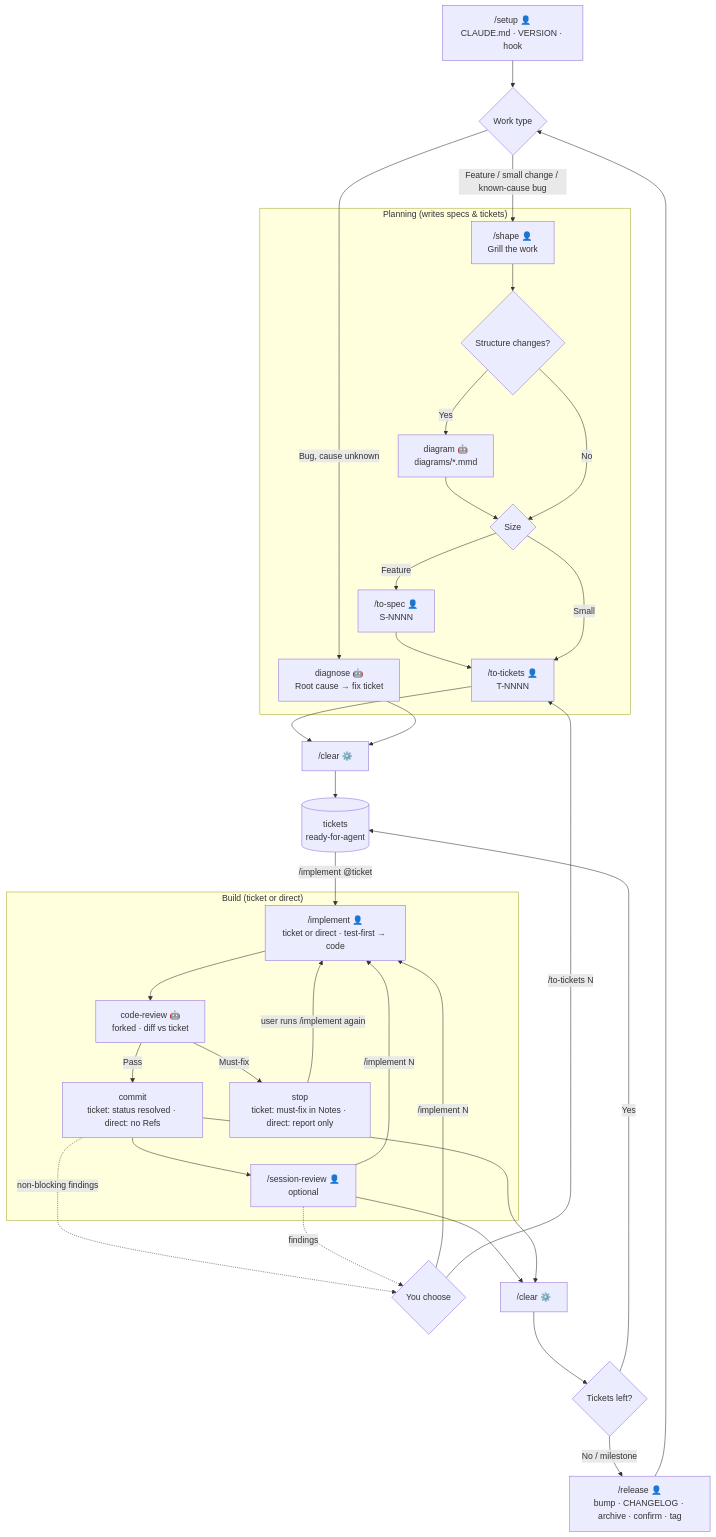
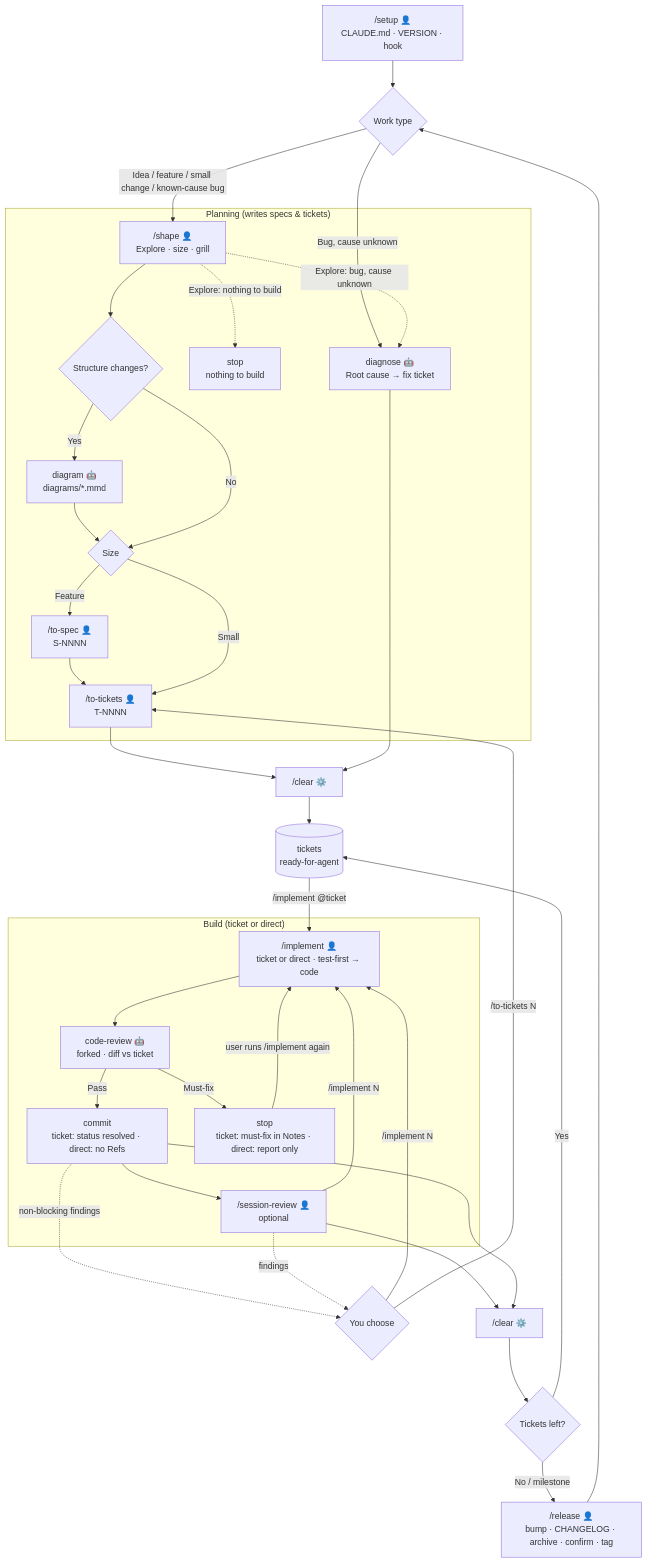
Before and after one commit to odhyp/skills: the diagram in docs/diagrams/workflow.mmd, drawn with Mermaid.

Commit message:
docs(diagrams): show shape's Explore entry and exits in the workflow chart

```diff
--- a/docs/diagrams/workflow.mmd
+++ b/docs/diagrams/workflow.mmd
@@ -1,63 +1,67 @@
 %% Workflow: how the odhyp skills hand off from setup to release. 👤 manual skill · 🤖 auto skill (starts on its own; you can also call it) · ⚙️ built-in Claude Code command
 flowchart TD
     A1["`/setup 👤
     CLAUDE.md · VERSION · hook`"] --> X0{"Work type"}
-    X0 -->|"Feature / small change / known-cause bug"| B1
+    X0 -->|"Idea / feature / small change / known-cause bug"| B1
     X0 -->|"Bug, cause unknown"| B5
 
     subgraph B["Planning (writes specs & tickets)"]
         B1["`/shape 👤
-        Grill the work`"]
+        Explore · size · grill`"]
+        B0["`stop
+        nothing to build`"]
         X2{"Structure changes?"}
         B4["`diagram 🤖
         diagrams/*.mmd`"]
         X1{"Size"}
         B2["`/to-spec 👤
         S-NNNN`"]
         B3["`/to-tickets 👤
         T-NNNN`"]
         B5["`diagnose 🤖
         Root cause → fix ticket`"]
         B1 --> X2
+        B1 -.->|"Explore: nothing to build"| B0
+        B1 -.->|"Explore: bug, cause unknown"| B5
         X2 -->|"Yes"| B4 --> X1
         X2 -->|"No"| X1
         X1 -->|"Feature"| B2 --> B3
         X1 -->|"Small"| B3
     end
 
     B3 --> CL0["/clear ⚙️"]
     B5 --> CL0
     CL0 --> T[("`tickets
     ready-for-agent`")]
 
     subgraph C["Build (ticket or direct)"]
         C1["`/implement 👤
         ticket or direct · test-first → code`"]
         D1["`code-review 🤖
         forked · diff vs ticket`"]
         C2["`commit
         ticket: status resolved · direct: no Refs`"]
         C3["`stop
         ticket: must-fix in Notes · direct: report only`"]
         S1["`/session-review 👤
         optional`"]
         C1 --> D1
         D1 -->|"Pass"| C2
         D1 -->|"Must-fix"| C3
     end
 
     T -->|"/implement @ticket"| C1
     S1 -->|"/implement N"| C1
     C3 -->|"user runs /implement again"| C1
     X4{"You choose"}
     C2 -.->|"non-blocking findings"| X4
     S1 -.->|"findings"| X4
     X4 -->|"/implement N"| C1
     X4 -->|"/to-tickets N"| B3
     C2 --> S1 --> CL["/clear ⚙️"]
     C2 --> CL
     CL --> X3{"Tickets left?"}
     X3 -->|"Yes"| T
     X3 -->|"No / milestone"| E1["`/release 👤
     bump · CHANGELOG · archive · confirm · tag`"]
     E1 --> X0
```
